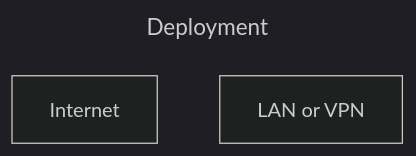
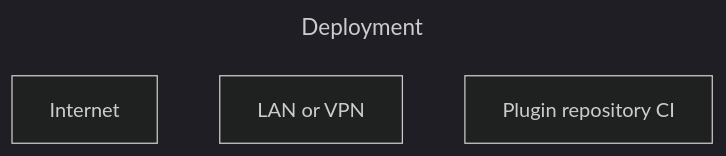
The eighth of 8 diagrams in docs/architecture/README.md (synoikia-org/synoikia-core), drawn with Mermaid (dark theme) before and after one commit. The commit also changed other lines of this file and 4 other files, not shown here.

````diff
--- a/docs/architecture/README.md
+++ b/docs/architecture/README.md
@@ -236,8 +292,9 @@
 ```mermaid
 ---
 title: "Deployment"
 ---
 graph TB
   Internet@{ shape: rectangle, label: "Internet" }
   Lan@{ shape: rectangle, label: "LAN or VPN" }
+  PluginCi@{ shape: rectangle, label: "Plugin repository CI" }
 ```
````
